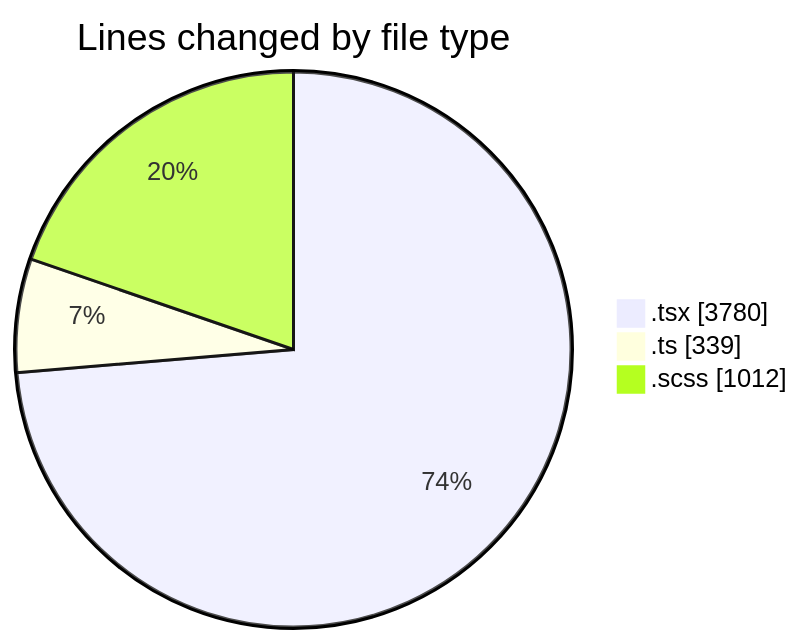
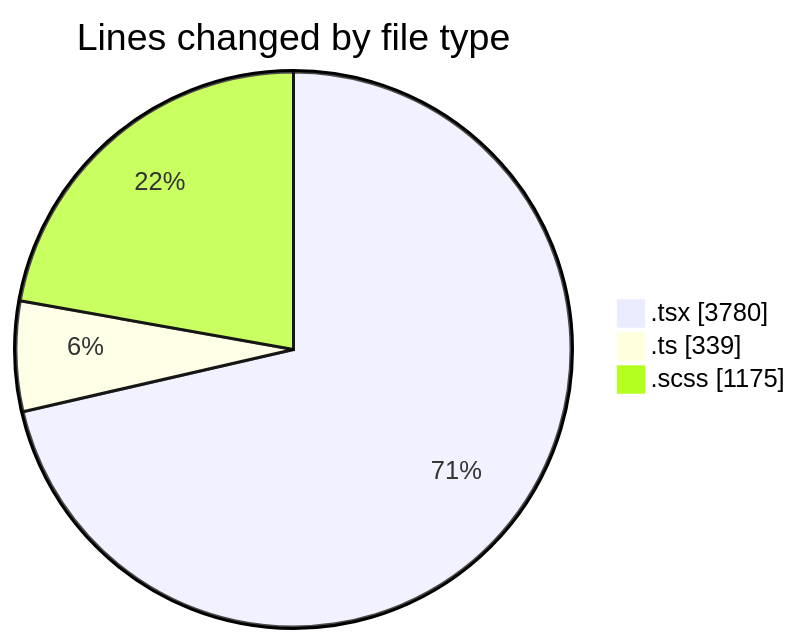
The first of 2 diagrams in 2025-07-08/cda/README.md (momahboobian/code-tracking), drawn with Mermaid before and after one commit. The commit also changed other lines of this file and 1 other file, not shown here.

````diff
--- a/2025-07-08/cda/README.md
+++ b/2025-07-08/cda/README.md
@@ -47,7 +47,7 @@
 ```mermaid
 pie showData
 title Lines changed by file type
 ".tsx" : 3780
 ".ts" : 339
-".scss" : 1012
+".scss" : 1175
 ```
````
